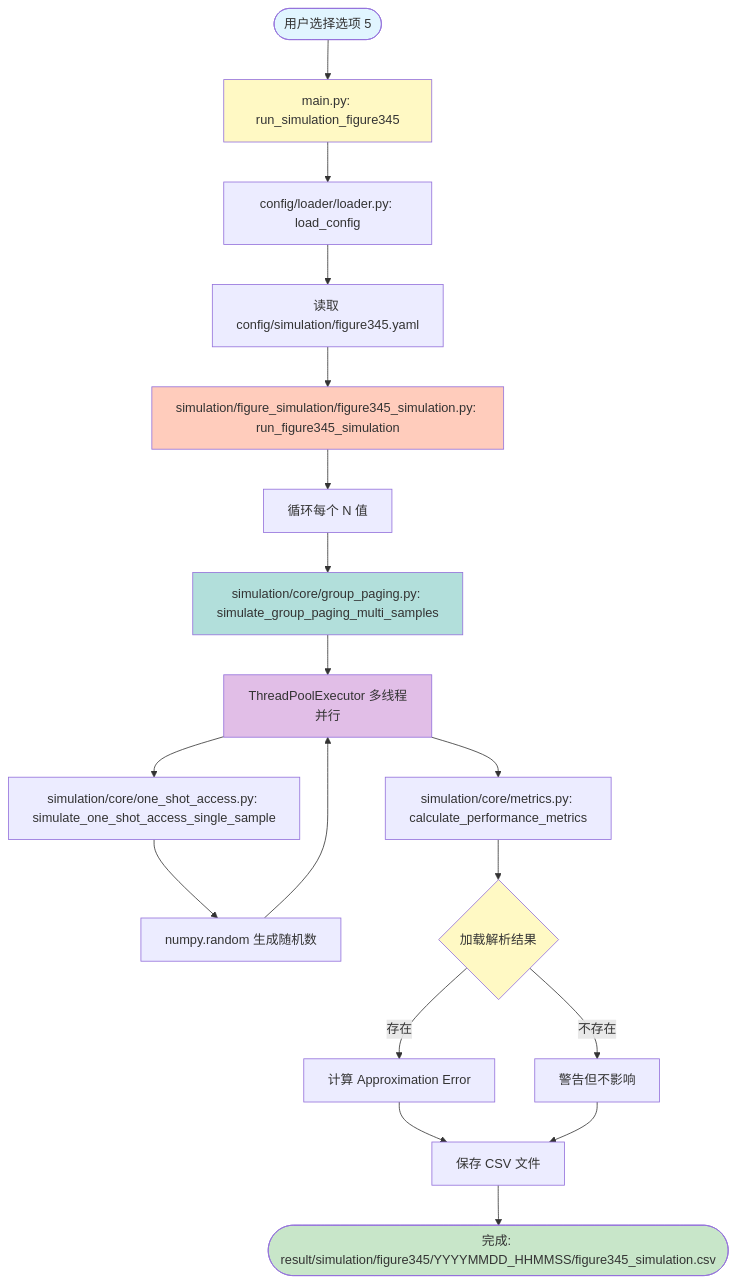
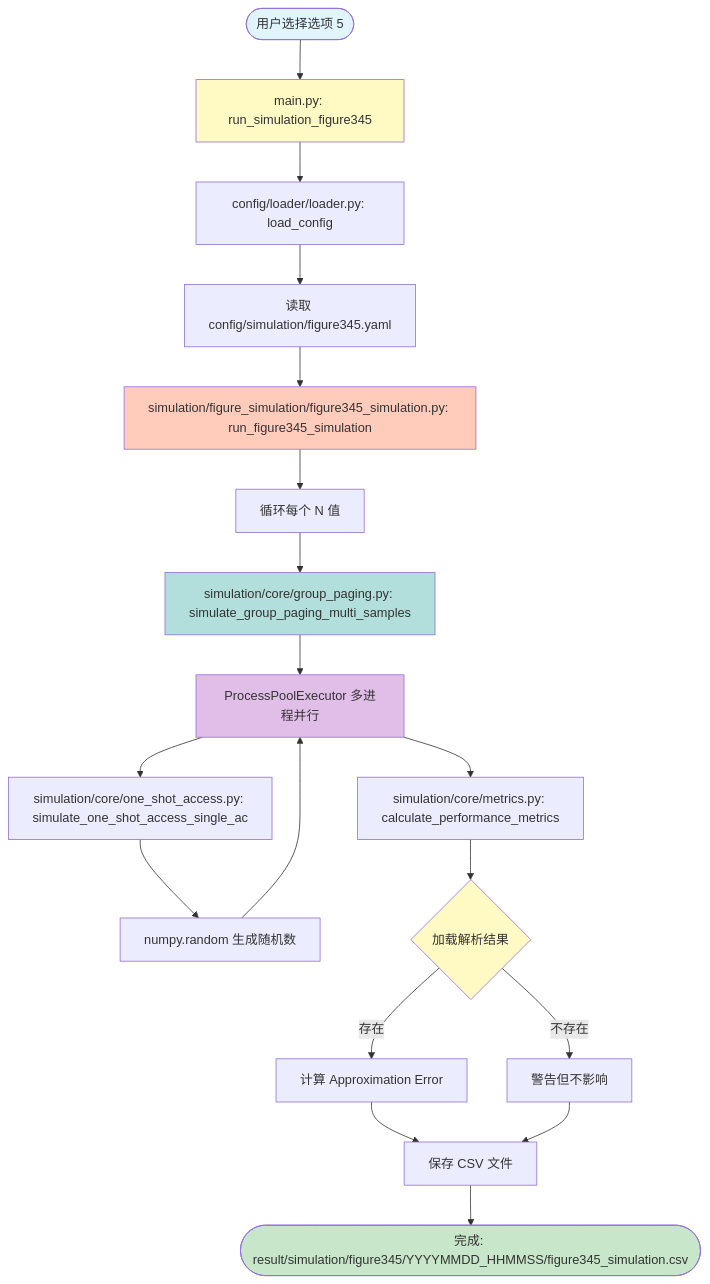
One commit to simonmkkk/FYP-1-One-Shot-Random-Access-New-Architecture changed the fifth of 18 diagrams in workflow/main_workflow.md. Above: the diagram before and after it, drawn with Mermaid. The commit also changed other lines of this file and 14 other files, not shown here.

````diff
--- a/workflow/main_workflow.md
+++ b/workflow/main_workflow.md
@@ -259,28 +259,28 @@
 ```mermaid
 flowchart TD
     Start([用户选择选项 5]) --> Main[main.py: run_simulation_figure345]
     Main --> LoadConfig[config/loader/loader.py: load_config]
     LoadConfig --> ReadYAML[读取 config/simulation/figure345.yaml]
     ReadYAML --> RunSim[simulation/figure_simulation/figure345_simulation.py: run_figure345_simulation]
     RunSim --> LoopN[循环每个 N 值]
     LoopN --> GroupPaging[simulation/core/group_paging.py: simulate_group_paging_multi_samples]
-    GroupPaging --> Parallel[ThreadPoolExecutor 多线程并行]
-    Parallel --> OneShot[simulation/core/one_shot_access.py: simulate_one_shot_access_single_sample]
+    GroupPaging --> Parallel[ProcessPoolExecutor 多进程并行]
+    Parallel --> OneShot[simulation/core/one_shot_access.py: simulate_one_shot_access_single_ac]
     OneShot --> RandomNum[numpy.random 生成随机数]
     RandomNum --> Parallel
     Parallel --> Metrics[simulation/core/metrics.py: calculate_performance_metrics]
     Metrics --> LoadAnalytical{加载解析结果}
     LoadAnalytical -->|存在| CalcError[计算 Approximation Error]
     LoadAnalytical -->|不存在| Warn[警告但不影响]
     CalcError --> SaveCSV[保存 CSV 文件]
     Warn --> SaveCSV
     SaveCSV --> End([完成: result/simulation/figure345/YYYYMMDD_HHMMSS/figure345_simulation.csv])
     
     style Start fill:#e1f5ff
     style End fill:#c8e6c9
     style Main fill:#fff9c4
     style RunSim fill:#ffccbc
     style GroupPaging fill:#b2dfdb
     style Parallel fill:#e1bee7
     style LoadAnalytical fill:#fff9c4
 ```
````
